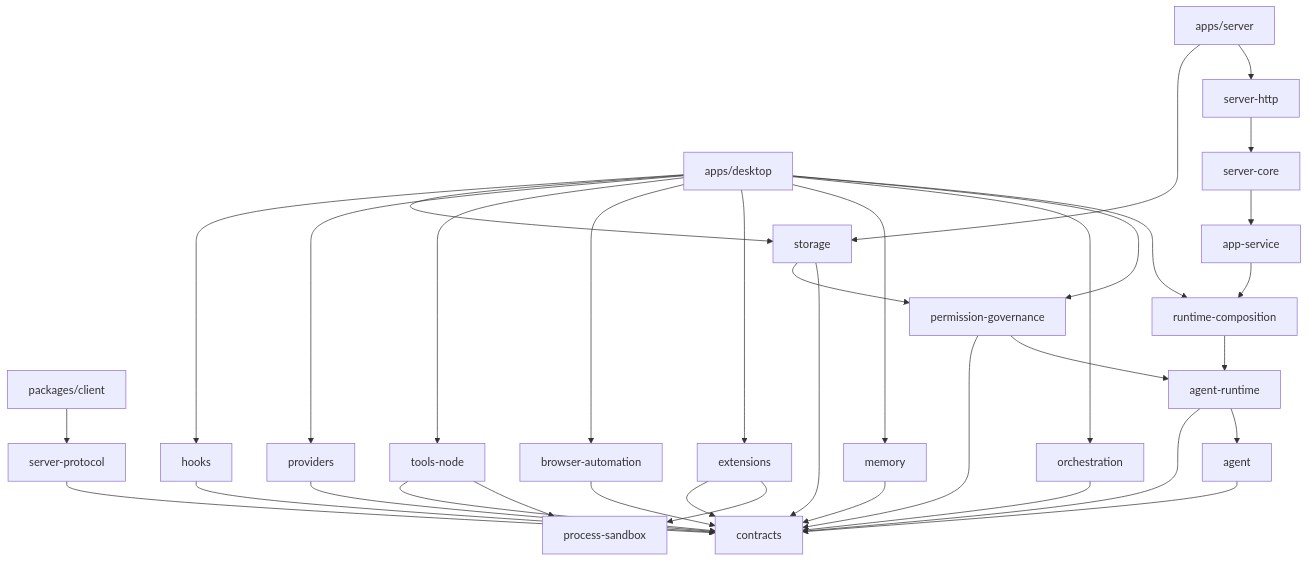
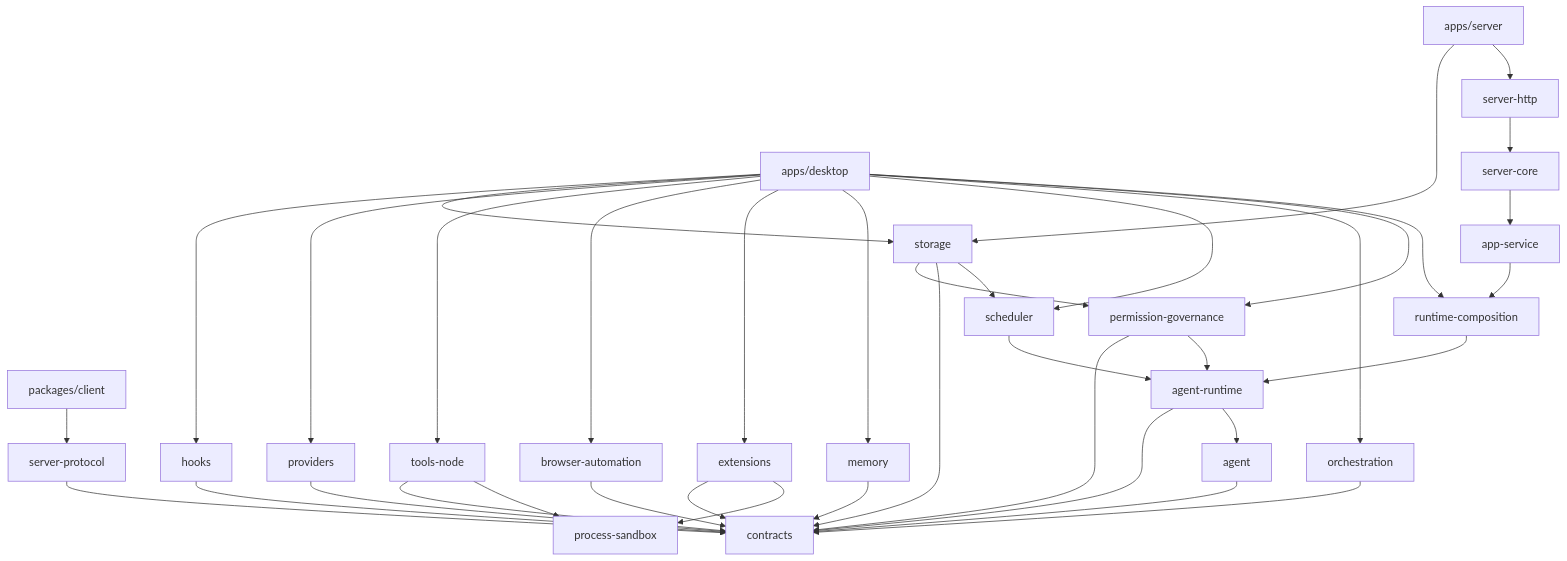
The diagram in docs/technical-implementation/README.md (zxt6991-source/jojo-agent), drawn with Mermaid before and after one commit. The commit also changed other lines of this file and 77 other files, not shown here.

````diff
--- a/docs/technical-implementation/README.md
+++ b/docs/technical-implementation/README.md
@@ -42,37 +43,40 @@
 ```mermaid
 flowchart TB
     Client["packages/client"] --> Protocol["server-protocol"]
     Desktop["apps/desktop"] --> Composition["runtime-composition"]
     Desktop --> Governance["permission-governance"]
     Server["apps/server"] --> Http["server-http"]
     Http --> Core["server-core"]
     Core --> App["app-service"]
     App --> Composition
     Composition --> Runtime["agent-runtime"]
     Governance --> Runtime
     Runtime --> Agent["agent"]
     Desktop --> Orchestration["orchestration"]
+    Desktop --> Scheduler["scheduler"]
     Desktop --> Memory["memory"]
     Desktop --> Extensions["extensions"]
     Desktop --> Browser["browser-automation"]
     Desktop --> Tools["tools-node"]
     Tools --> Sandbox["process-sandbox"]
     Extensions --> Sandbox
     Desktop --> Providers["providers"]
     Desktop --> Storage["storage"]
     Desktop --> Hooks["hooks"]
     Server --> Storage
     Agent --> Contracts["contracts"]
     Runtime --> Contracts
     Protocol --> Contracts
     Orchestration --> Contracts
+    Scheduler --> Runtime
+    Storage --> Scheduler
     Memory --> Contracts
     Extensions --> Contracts
     Browser --> Contracts
     Tools --> Contracts
     Providers --> Contracts
     Storage --> Contracts
     Governance --> Contracts
     Storage --> Governance
     Hooks --> Contracts
 ```
````
